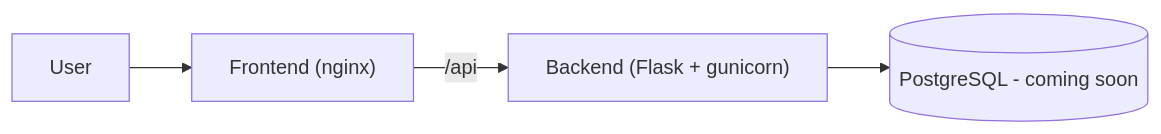
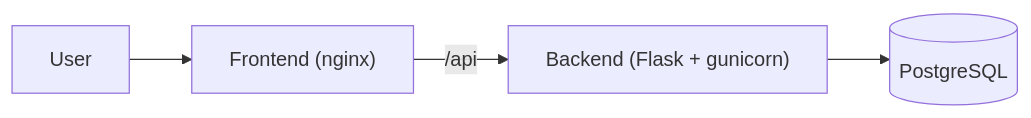
One commit to abd-khalil-dev/devops-quiz changed the diagram in README.md. Above: the diagram before and after it, drawn with Mermaid. The commit also changed other lines of this file and 1 other file, not shown here.

````diff
--- a/README.md
+++ b/README.md
@@ -12,6 +12,6 @@
 ```mermaid
 flowchart LR
     User --> Nginx["Frontend (nginx)"]
     Nginx -->|/api| API["Backend (Flask + gunicorn)"]
-    API --> DB[("PostgreSQL - coming soon")]
+    API --> DB[("PostgreSQL")]
 ```
````
